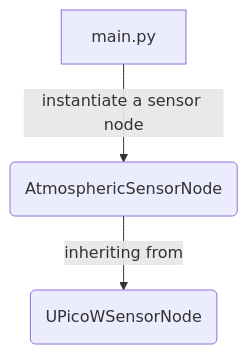
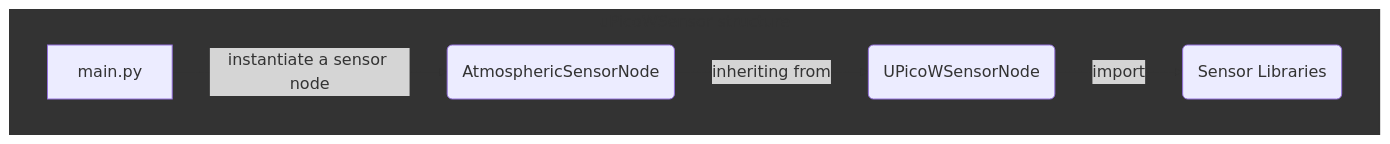
The second of 2 diagrams in README.md (inboxidau/uPicoWSensorNode), drawn with Mermaid before and after one commit. The commit also changed other lines of this file, not shown here.

````diff
--- a/README.md
+++ b/README.md
@@ -17,5 +36,10 @@
 ```mermaid
-flowchart TD
-    A[main.py] -->|instantiate a sensor node| B(AtmosphericSensorNode)
-    B -->|inheriting from| C(UPicoWSensorNode)
+graph TD
+    subgraph RaspberryPiPicoW["uPicoWSensor structure"]
+        A[main.py] -->|instantiate a sensor node| B(AtmosphericSensorNode)
+        B -->|inheriting from| C(UPicoWSensorNode)
+        C -->|import| D(Sensor Libraries)
+    end
+    style RaspberryPiPicoW fill:#333,stroke:#333,stroke-width:2px
+
 ```
````
